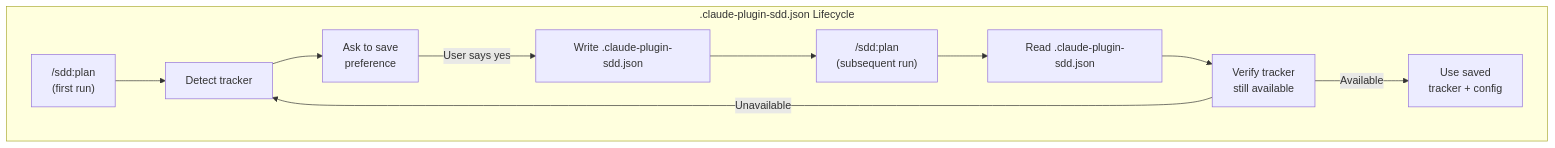
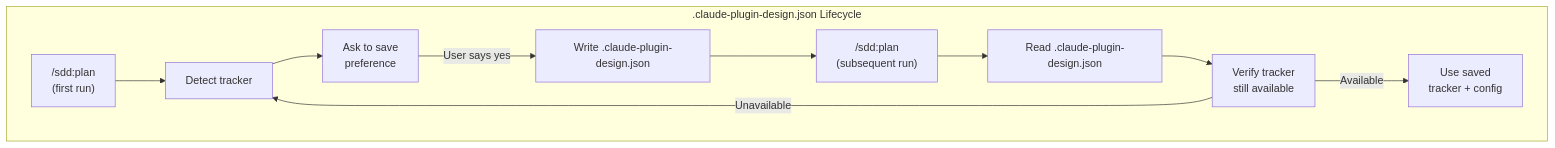
Before and after one commit to joestump/claude-plugin-sdd: the third of 4 diagrams in docs/openspec/specs/sprint-planning/design.md, drawn with Mermaid. The commit also changed other lines of this file and 33 other files, not shown here.

````diff
--- a/docs/openspec/specs/sprint-planning/design.md
+++ b/docs/openspec/specs/sprint-planning/design.md
@@ -209,22 +209,22 @@
 ```mermaid
 flowchart TD
-    subgraph ".claude-plugin-sdd.json Lifecycle"
+    subgraph ".claude-plugin-design.json Lifecycle"
         first["/sdd:plan\n(first run)"]
         detect["Detect tracker"]
         ask["Ask to save\npreference"]
-        write["Write .claude-plugin-sdd.json"]
+        write["Write .claude-plugin-design.json"]
         second["/sdd:plan\n(subsequent run)"]
-        read_pref["Read .claude-plugin-sdd.json"]
+        read_pref["Read .claude-plugin-design.json"]
         check["Verify tracker\nstill available"]
         use["Use saved\ntracker + config"]
     end
 
     first --> detect
     detect --> ask
     ask -->|"User says yes"| write
     write --> second
     second --> read_pref
     read_pref --> check
     check -->|"Available"| use
     check -->|"Unavailable"| detect
 ```
````
